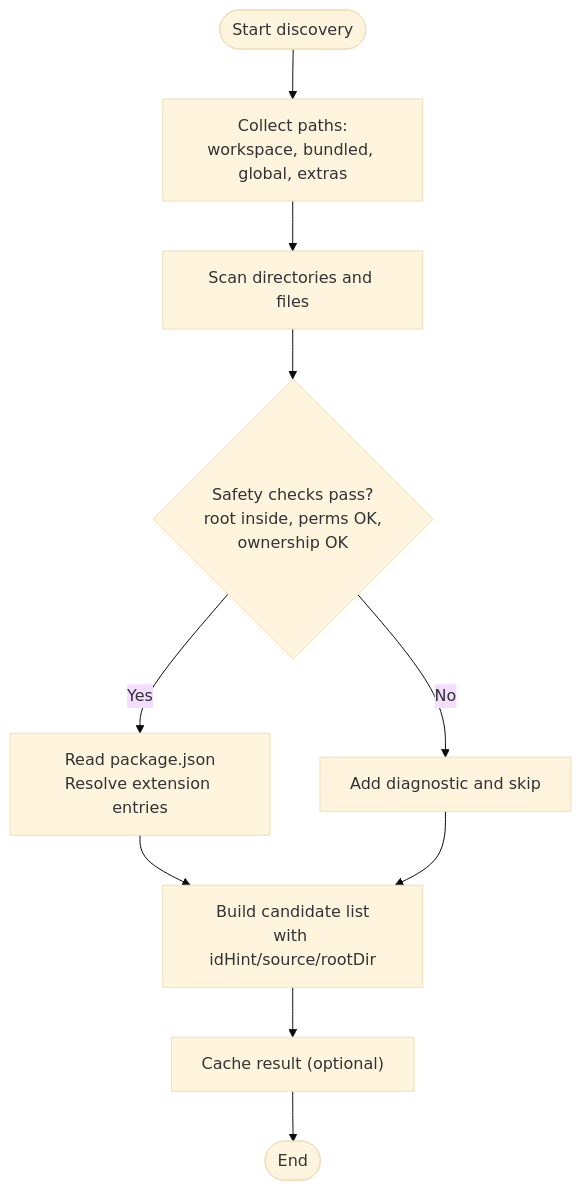
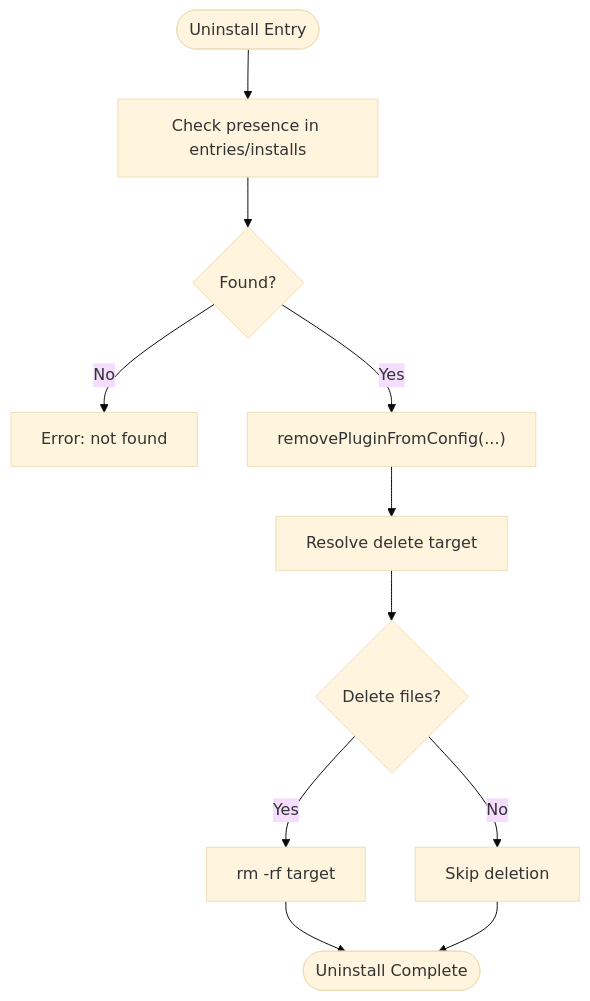
Before and after one commit to botx-work/OpenClaw-Internals: the fourth of 8 diagrams in repowiki/en/content/CLI Interface/Plugin Management.md, drawn with Mermaid (base theme). The commit also changed other lines of this file and 332 other files, not shown here.

````diff
--- a/repowiki/en/content/CLI Interface/Plugin Management.md
+++ b/repowiki/en/content/CLI Interface/Plugin Management.md
@@ -182,12 +181,13 @@
 ```mermaid
 flowchart TD
-DStart([Start discovery]) --> Paths["Collect paths:<br/>workspace, bundled, global, extras"]
-Paths --> Scan["Scan directories and files"]
-Scan --> Safety{"Safety checks pass?<br/>root inside, perms OK,<br/>ownership OK"}
-Safety --> |No| Warn["Add diagnostic and skip"]
-Safety --> |Yes| Entries["Read package.json<br/>Resolve extension entries"]
-Entries --> Candidates["Build candidate list<br/>with idHint/source/rootDir"]
-Warn --> Candidates
-Candidates --> Cache["Cache result (optional)"]
-Cache --> DEnd([End])
+UStart(["Uninstall Entry"]) --> Check["Check presence in entries/installs"]
+Check --> Found{"Found?"}
+Found --> |No| UErr["Error: not found"]
+Found --> |Yes| RemoveCfg["removePluginFromConfig(...)"]
+RemoveCfg --> Target["Resolve delete target"]
+Target --> Delete{"Delete files?"}
+Delete --> |Yes| RM["rm -rf target"]
+Delete --> |No| Skip["Skip deletion"]
+RM --> UDone(["Uninstall Complete"])
+Skip --> UDone
 ```
````
